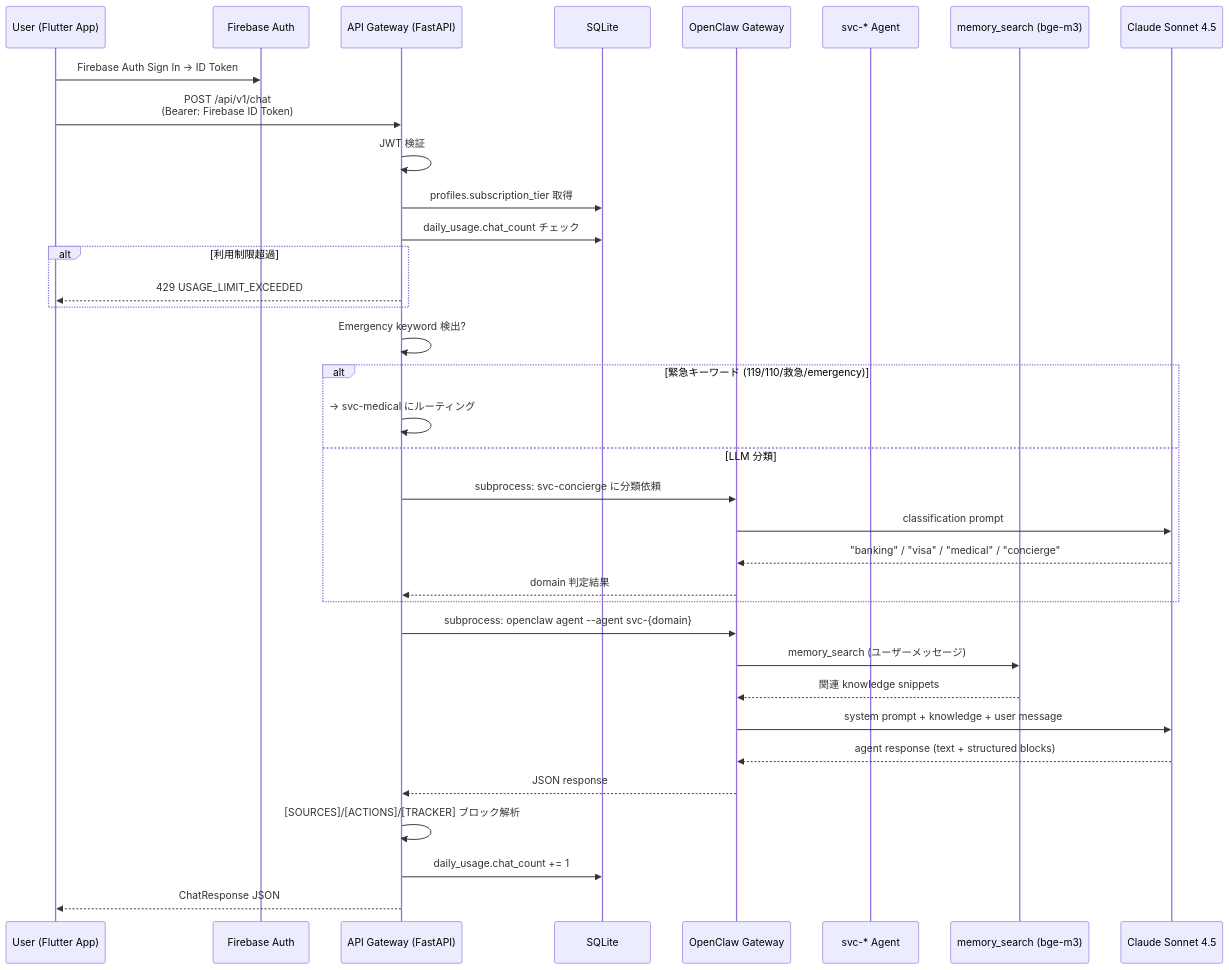
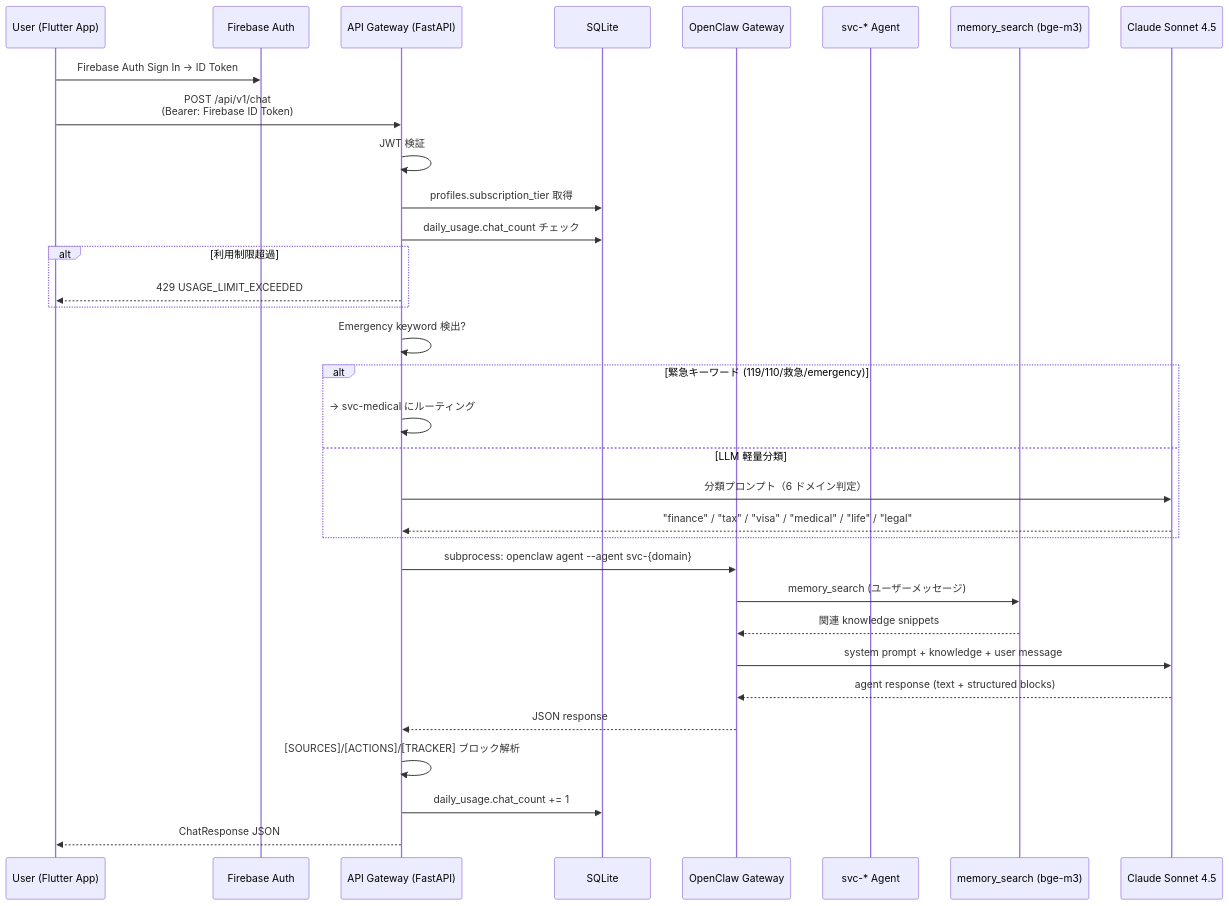
One commit to cjttca-cd/gaijin-life-navi changed the second of 5 diagrams in architecture/SYSTEM_DESIGN.md. Above: the diagram before and after it, drawn with Mermaid. The commit also changed other lines of this file and 10 other files, not shown here.

````diff
--- a/architecture/SYSTEM_DESIGN.md
+++ b/architecture/SYSTEM_DESIGN.md
@@ -230,42 +242,40 @@
 ```mermaid
 sequenceDiagram
     participant U as User (Flutter App)
     participant FB as Firebase Auth
     participant GW as API Gateway (FastAPI)
     participant DB as SQLite
     participant OC as OpenClaw Gateway
     participant Agent as svc-* Agent
     participant MS as memory_search (bge-m3)
     participant CL as Claude Sonnet 4.5
 
     U->>FB: Firebase Auth Sign In → ID Token
     U->>GW: POST /api/v1/chat<br/>(Bearer: Firebase ID Token)
     GW->>GW: JWT 検証
     GW->>DB: profiles.subscription_tier 取得
     GW->>DB: daily_usage.chat_count チェック
 
     alt 利用制限超過
         GW-->>U: 429 USAGE_LIMIT_EXCEEDED
     end
 
     GW->>GW: Emergency keyword 検出?
     alt 緊急キーワード (119/110/救急/emergency)
         GW->>GW: → svc-medical にルーティング
-    else LLM 分類
-        GW->>OC: subprocess: svc-concierge に分類依頼
-        OC->>CL: classification prompt
-        CL-->>OC: "banking" / "visa" / "medical" / "concierge"
-        OC-->>GW: domain 判定結果
+    else LLM 軽量分類
+        GW->>CL: 分類プロンプト（6 ドメイン判定）
+        CL-->>GW: "finance" / "tax" / "visa" / "medical" / "life" / "legal"
     end
 
     GW->>OC: subprocess: openclaw agent --agent svc-{domain}
     OC->>MS: memory_search (ユーザーメッセージ)
     MS-->>OC: 関連 knowledge snippets
     OC->>CL: system prompt + knowledge + user message
     CL-->>OC: agent response (text + structured blocks)
     OC-->>GW: JSON response
 
     GW->>GW: [SOURCES]/[ACTIONS]/[TRACKER] ブロック解析
     GW->>DB: daily_usage.chat_count += 1
     GW-->>U: ChatResponse JSON
 ```
````
